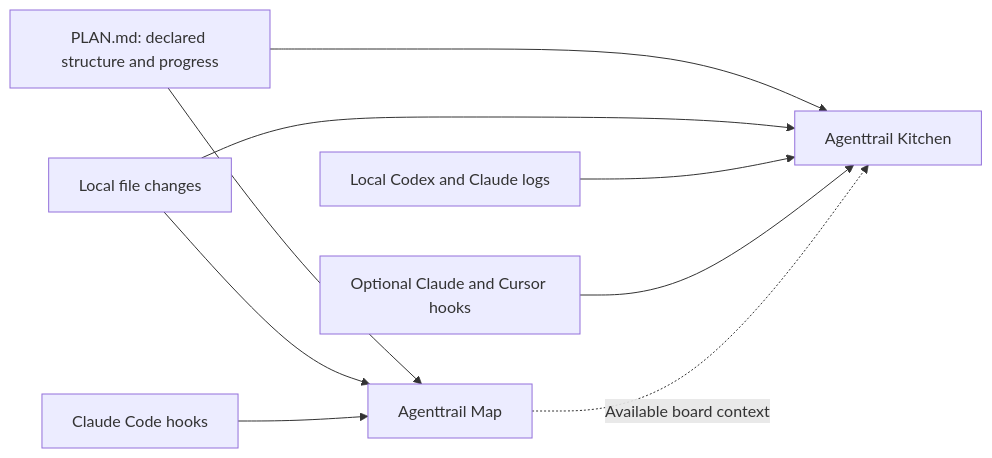
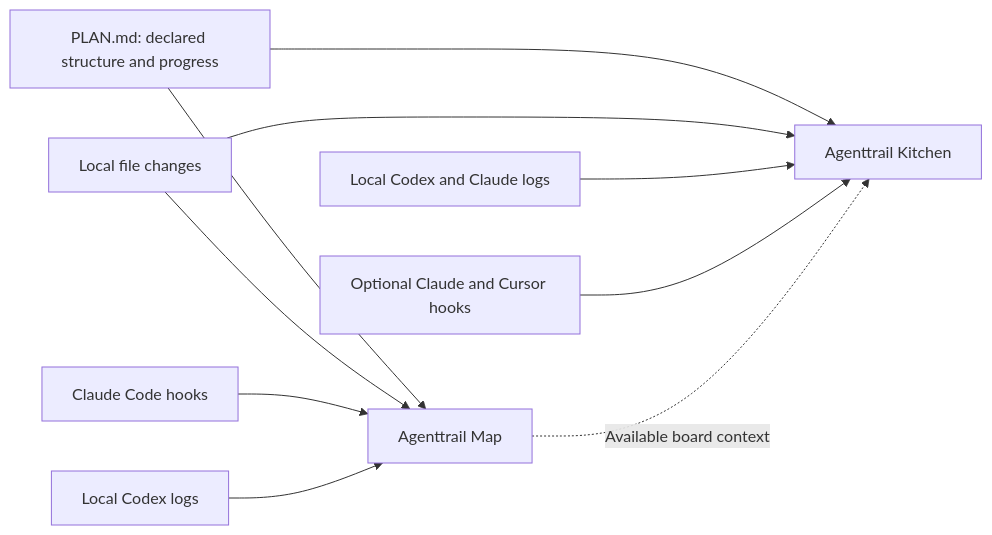
Before and after one commit to sodiumsun/agenttrail: the diagram in docs/OBSERVABILITY.md, drawn with Mermaid. The commit also changed other lines of this file and 9 other files, not shown here.

First line of the commit message:
Follow Codex sessions in a watched repo from local logs

````diff
--- a/docs/OBSERVABILITY.md
+++ b/docs/OBSERVABILITY.md
@@ -22,11 +22,12 @@
 ```mermaid
 flowchart LR
   P["PLAN.md: declared structure and progress"] --> M["Agenttrail Map"]
   F["Local file changes"] --> M
   H["Claude Code hooks"] --> M
   P --> K["Agenttrail Kitchen"]
   F --> K
   L["Local Codex and Claude logs"] --> K
+  X["Local Codex logs"] --> M
   C["Optional Claude and Cursor hooks"] --> K
   M -. "Available board context" .-> K
 ```
````
